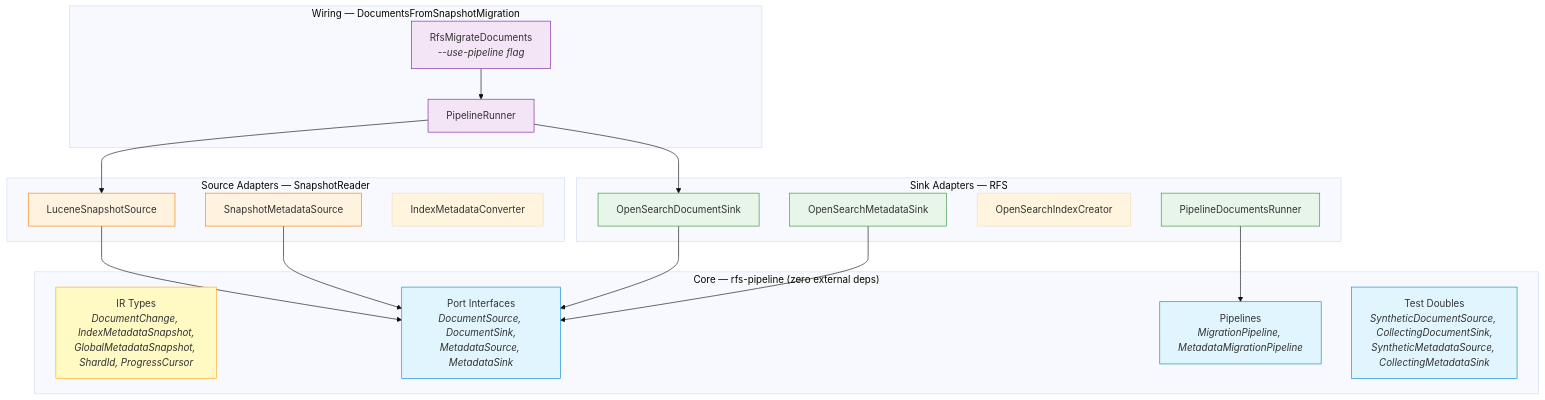
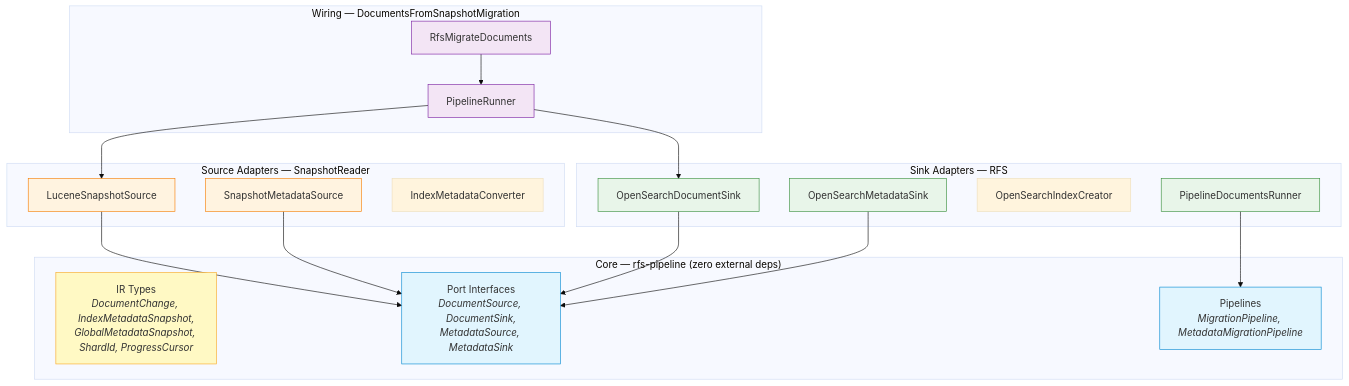
Before and after one commit to opensearch-project/opensearch-migrations: the diagram in rfs-pipeline/docs/architecture.md, drawn with Mermaid (base theme). The commit also changed other lines of this file and 8 other files, not shown here.

First line of the commit message:
P1 hardening: update stale docs, delete unused test doubles, remove dead methods, broaden settings stripping

````diff
--- a/rfs-pipeline/docs/architecture.md
+++ b/rfs-pipeline/docs/architecture.md
@@ -5,48 +5,46 @@
 ```mermaid
 graph TD
     subgraph "Core — rfs-pipeline (zero external deps)"
         IR["IR Types<br/><i>DocumentChange, IndexMetadataSnapshot,<br/>GlobalMetadataSnapshot, ShardId, ProgressCursor</i>"]
         PORTS["Port Interfaces<br/><i>DocumentSource, DocumentSink,<br/>MetadataSource, MetadataSink</i>"]
         PIPES["Pipelines<br/><i>MigrationPipeline, MetadataMigrationPipeline</i>"]
-        TD["Test Doubles<br/><i>SyntheticDocumentSource, CollectingDocumentSink,<br/>SyntheticMetadataSource, CollectingMetadataSink</i>"]
     end
 
     subgraph "Source Adapters — SnapshotReader"
         LSS["LuceneSnapshotSource"]
         SMS["SnapshotMetadataSource"]
         IMC["IndexMetadataConverter"]
     end
 
     subgraph "Sink Adapters — RFS"
         ODS["OpenSearchDocumentSink"]
         OMS["OpenSearchMetadataSink"]
         OIC["OpenSearchIndexCreator"]
         PDR["PipelineDocumentsRunner"]
     end
 
     subgraph "Wiring — DocumentsFromSnapshotMigration"
         PR["PipelineRunner"]
-        MAIN["RfsMigrateDocuments<br/><i>--use-pipeline flag</i>"]
+        MAIN["RfsMigrateDocuments"]
     end
 
     LSS --> PORTS
     SMS --> PORTS
     ODS --> PORTS
     OMS --> PORTS
     PDR --> PIPES
     PR --> LSS
     PR --> ODS
     MAIN --> PR
 
     style IR fill:#fff9c4,stroke:#f9a825
     style PORTS fill:#e1f5fe,stroke:#0288d1
     style PIPES fill:#e1f5fe,stroke:#0288d1
-    style TD fill:#e1f5fe,stroke:#0288d1
     style LSS fill:#fff3e0,stroke:#f57c00
     style SMS fill:#fff3e0,stroke:#f57c00
     style ODS fill:#e8f5e9,stroke:#388e3c
     style OMS fill:#e8f5e9,stroke:#388e3c
     style PDR fill:#e8f5e9,stroke:#388e3c
     style PR fill:#f3e5f5,stroke:#7b1fa2
     style MAIN fill:#f3e5f5,stroke:#7b1fa2
 ```
````
